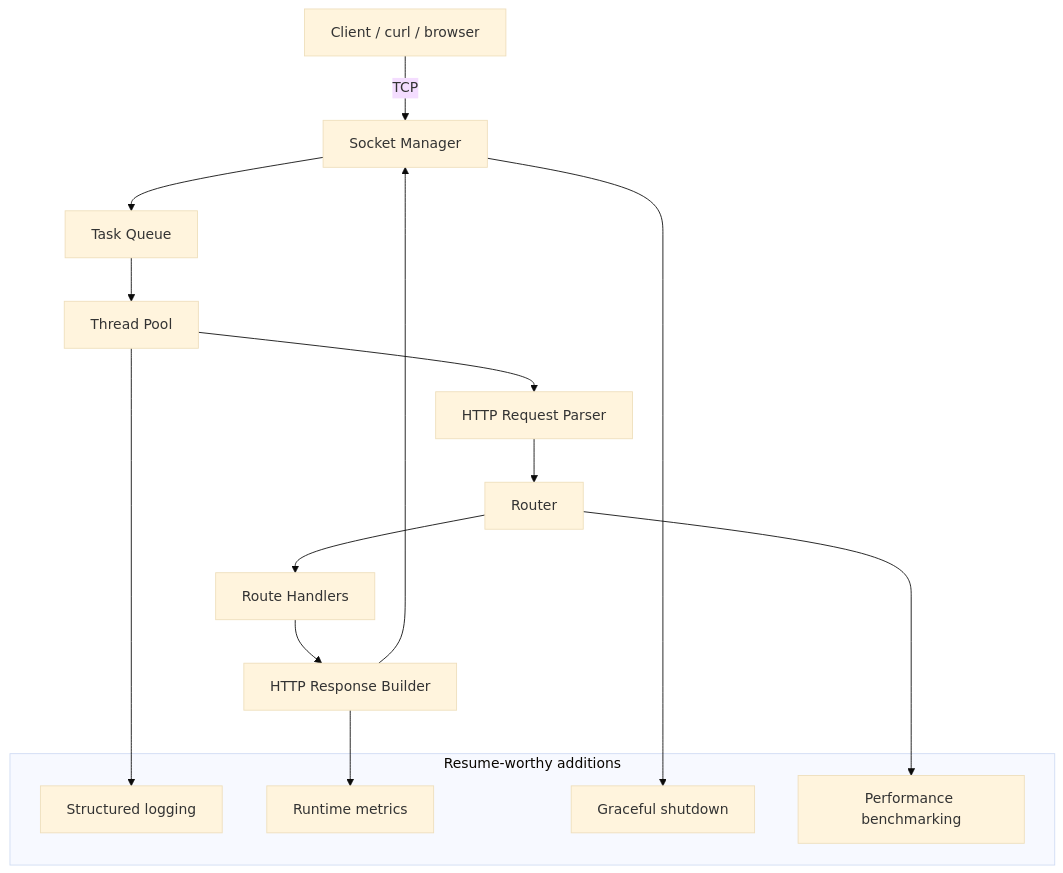
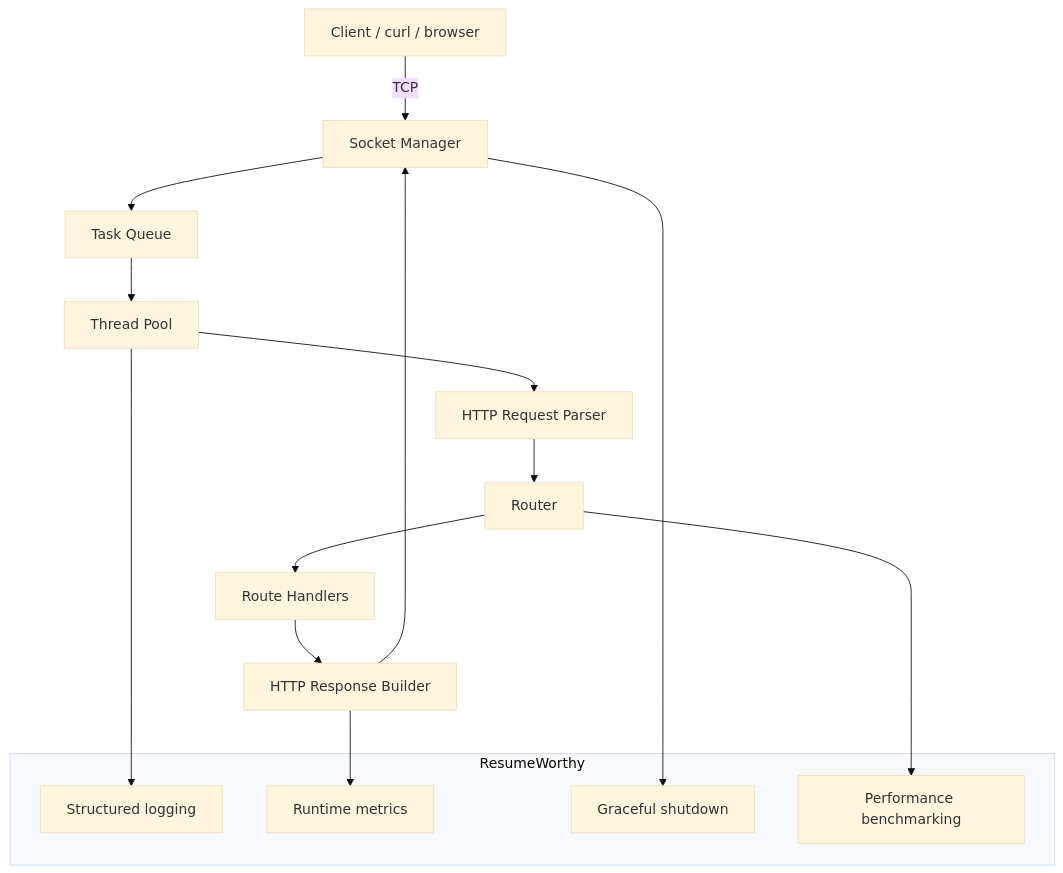
One commit to Ish2905/Multithreaded-HTTP-Server changed the diagram in README.md. Above: the diagram before and after it, drawn with Mermaid (base theme). The commit also changed other lines of this file, not shown here.

````diff
--- a/README.md
+++ b/README.md
@@ -72,24 +55,24 @@
 ```mermaid
 flowchart TD
     Client[Client / curl / browser]
     Client -->|TCP| Socket[Socket Manager]
     Socket --> TaskQueue[Task Queue]
     TaskQueue --> WorkerPool[Thread Pool]
     WorkerPool --> Parser[HTTP Request Parser]
     Parser --> Router[Router]
     Router --> Handler[Route Handlers]
     Handler --> Response[HTTP Response Builder]
     Response --> Socket
 
-    subgraph ResumeWorthy[Resume-worthy additions]
+    subgraph ResumeWorthy
         Logging[Structured logging]
         Metrics[Runtime metrics]
         Shutdown[Graceful shutdown]
         Benchmark[Performance benchmarking]
     end
 
     WorkerPool --> Logging
     Response --> Metrics
     Socket --> Shutdown
     Router --> Benchmark
 ```
````
